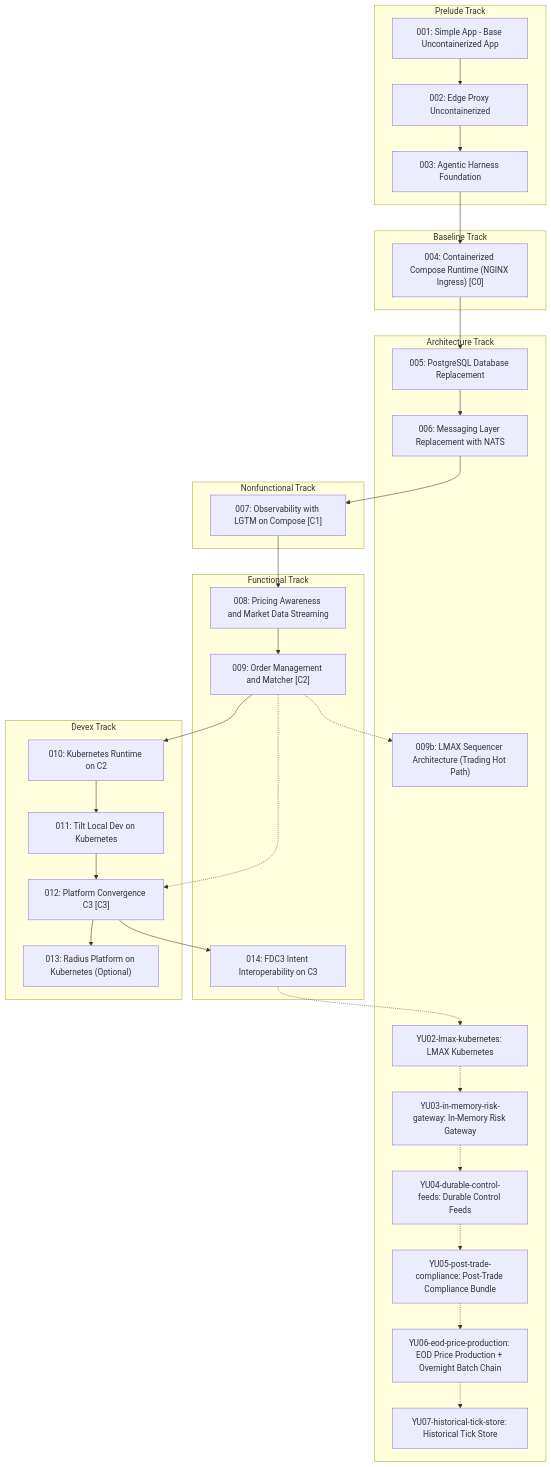
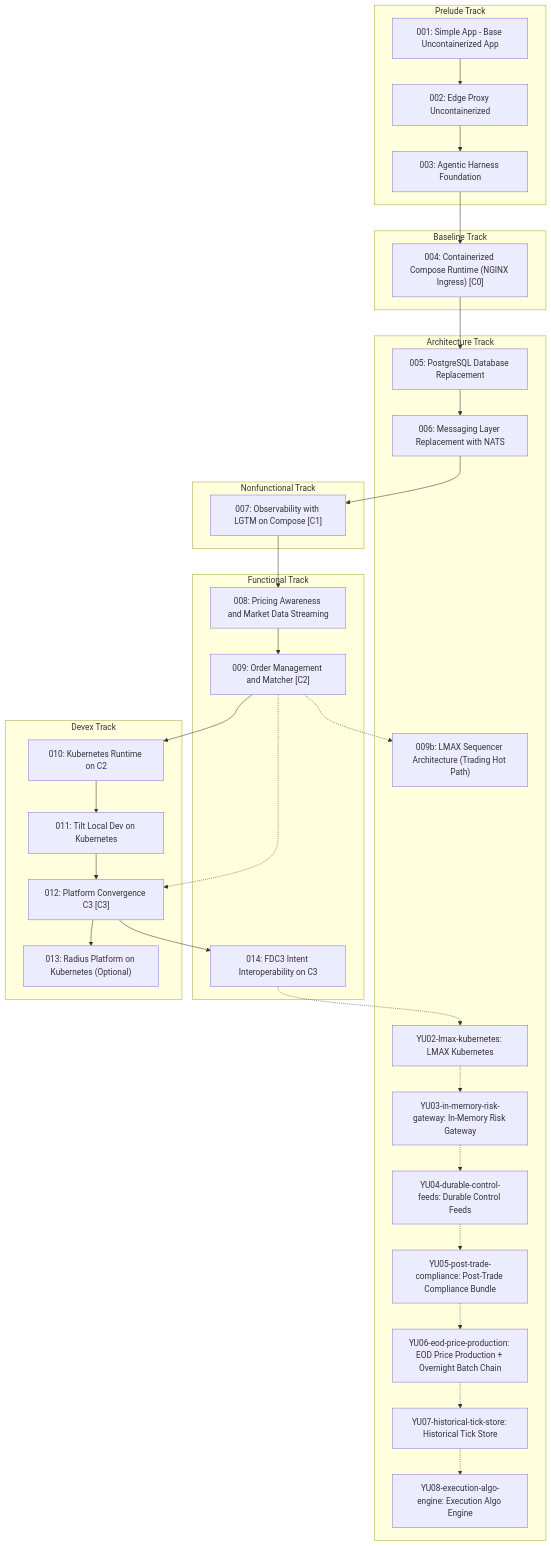
Before and after one commit to YU-CS-Summer-2026-Distributed-TraderX/traderX: the third of 3 diagrams in docs/learning-paths/index.md, drawn with Mermaid. The commit also changed other lines of this file and 18 other files, not shown here.

First line of the commit message:
YU08-execution-algo-engine: wire generation pipeline + k8s manifests

````diff
--- a/docs/learning-paths/index.md
+++ b/docs/learning-paths/index.md
@@ -136,58 +140,60 @@
 ```mermaid
 flowchart TB
   subgraph PRELUDE["Prelude Track"]
     S001_baseline_uncontainerized_parity["001: Simple App - Base Uncontainerized App"]
     S002_edge_proxy_uncontainerized["002: Edge Proxy Uncontainerized"]
     S003_agentic_harness_foundation["003: Agentic Harness Foundation"]
   end
   subgraph BASELINE["Baseline Track"]
     S004_containerized_compose_runtime["004: Containerized Compose Runtime (NGINX Ingress) [C0]"]
   end
   subgraph ARCHITECTURE["Architecture Track"]
     S005_postgres_database_replacement["005: PostgreSQL Database Replacement"]
     S006_messaging_nats_replacement["006: Messaging Layer Replacement with NATS"]
     S009b_lmax_sequencer_architecture["009b: LMAX Sequencer Architecture (Trading Hot Path)"]
     SYU02_lmax_kubernetes["YU02-lmax-kubernetes: LMAX Kubernetes"]
     SYU03_in_memory_risk_gateway["YU03-in-memory-risk-gateway: In-Memory Risk Gateway"]
     SYU04_durable_control_feeds["YU04-durable-control-feeds: Durable Control Feeds"]
     SYU05_post_trade_compliance["YU05-post-trade-compliance: Post-Trade Compliance Bundle"]
     SYU06_eod_price_production["YU06-eod-price-production: EOD Price Production + Overnight Batch Chain"]
     SYU07_historical_tick_store["YU07-historical-tick-store: Historical Tick Store"]
+    SYU08_execution_algo_engine["YU08-execution-algo-engine: Execution Algo Engine"]
   end
   subgraph NONFUNCTIONAL["Nonfunctional Track"]
     S007_observability_lgtm_compose["007: Observability with LGTM on Compose [C1]"]
   end
   subgraph FUNCTIONAL["Functional Track"]
     S008_pricing_awareness_market_data["008: Pricing Awareness and Market Data Streaming"]
     S009_order_management_matcher["009: Order Management and Matcher [C2]"]
     S014_fdc3_intent_interoperability["014: FDC3 Intent Interoperability on C3"]
   end
   subgraph DEVEX["Devex Track"]
     S010_kubernetes_runtime["010: Kubernetes Runtime on C2"]
     S011_tilt_kubernetes_dev_loop["011: Tilt Local Dev on Kubernetes"]
     S012_platform_convergence_c3["012: Platform Convergence C3 [C3]"]
     S013_radius_kubernetes_platform["013: Radius Platform on Kubernetes (Optional)"]
   end
   S001_baseline_uncontainerized_parity --> S002_edge_proxy_uncontainerized
   S002_edge_proxy_uncontainerized --> S003_agentic_harness_foundation
   S003_agentic_harness_foundation --> S004_containerized_compose_runtime
   S004_containerized_compose_runtime --> S005_postgres_database_replacement
   S005_postgres_database_replacement --> S006_messaging_nats_replacement
   S006_messaging_nats_replacement --> S007_observability_lgtm_compose
   S007_observability_lgtm_compose --> S008_pricing_awareness_market_data
   S008_pricing_awareness_market_data --> S009_order_management_matcher
   S009_order_management_matcher -.-> S009b_lmax_sequencer_architecture
   S009_order_management_matcher --> S010_kubernetes_runtime
   S010_kubernetes_runtime --> S011_tilt_kubernetes_dev_loop
   S011_tilt_kubernetes_dev_loop --> S012_platform_convergence_c3
   S012_platform_convergence_c3 --> S013_radius_kubernetes_platform
   S012_platform_convergence_c3 --> S014_fdc3_intent_interoperability
   S014_fdc3_intent_interoperability -.-> SYU02_lmax_kubernetes
   SYU02_lmax_kubernetes -.-> SYU03_in_memory_risk_gateway
   SYU03_in_memory_risk_gateway -.-> SYU04_durable_control_feeds
   SYU04_durable_control_feeds -.-> SYU05_post_trade_compliance
   SYU05_post_trade_compliance -.-> SYU06_eod_price_production
   SYU06_eod_price_production -.-> SYU07_historical_tick_store
+  SYU07_historical_tick_store -.-> SYU08_execution_algo_engine
   S009_order_management_matcher -.-> S012_platform_convergence_c3
   classDef convergence fill:#d7f5dd,stroke:#2e7d32,stroke-width:2px
 ```
````
